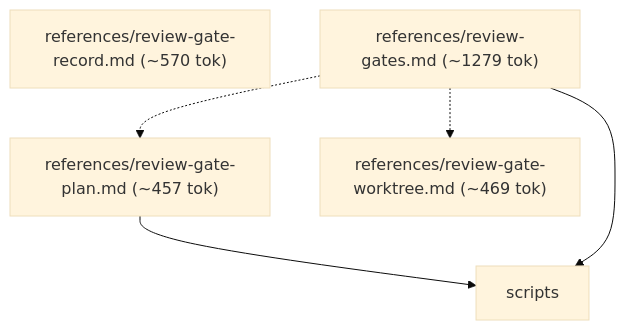
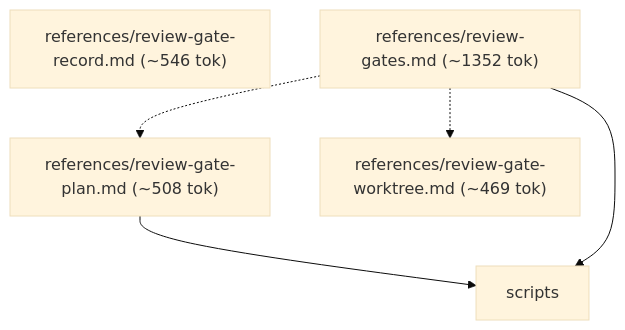
Before and after one commit to alecegg/varde: the third of 5 diagrams in skills/varde-docs/FLOW.md, drawn with Mermaid (base theme). The commit also changed other lines of this file and 269 other files, not shown here.

````diff
--- a/skills/varde-docs/FLOW.md
+++ b/skills/varde-docs/FLOW.md
@@ -61,12 +43,12 @@
 ```mermaid
 flowchart TD
-  n0["references/review-gate-plan.md (~457 tok)"]
-  n1["references/review-gate-record.md (~570 tok)"]
+  n0["references/review-gate-plan.md (~508 tok)"]
+  n1["references/review-gate-record.md (~546 tok)"]
   n2["references/review-gate-worktree.md (~469 tok)"]
-  n3["references/review-gates.md (~1279 tok)"]
+  n3["references/review-gates.md (~1352 tok)"]
   n4["scripts"]
   n0 --> n4
   n3 -.-> n0
   n3 -.-> n2
   n3 --> n4
 ```
````
